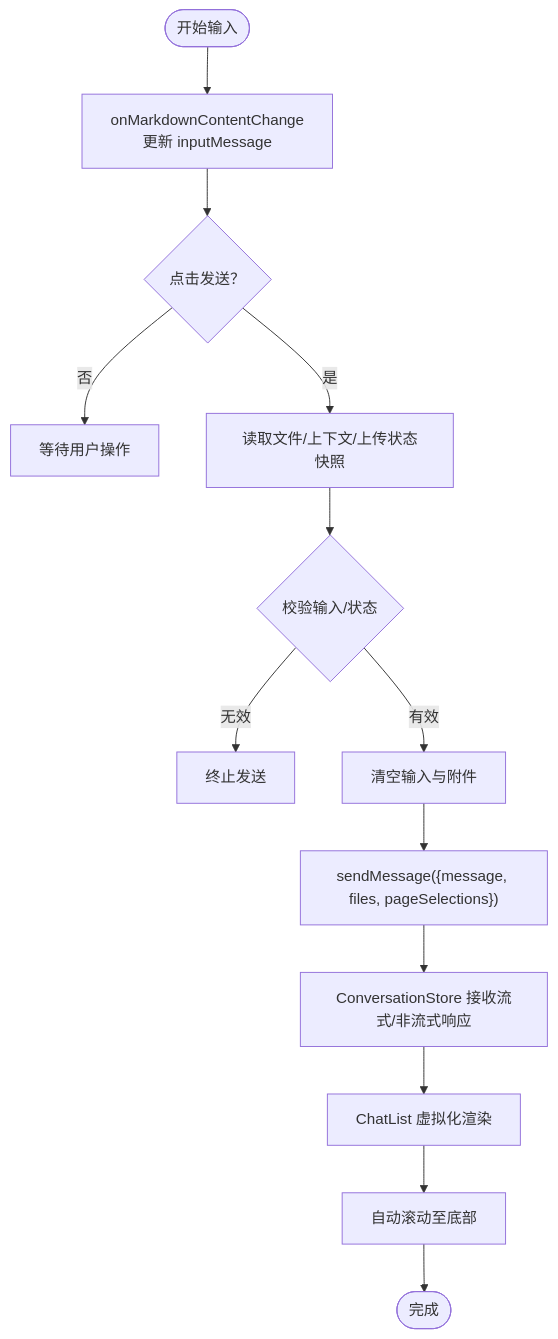
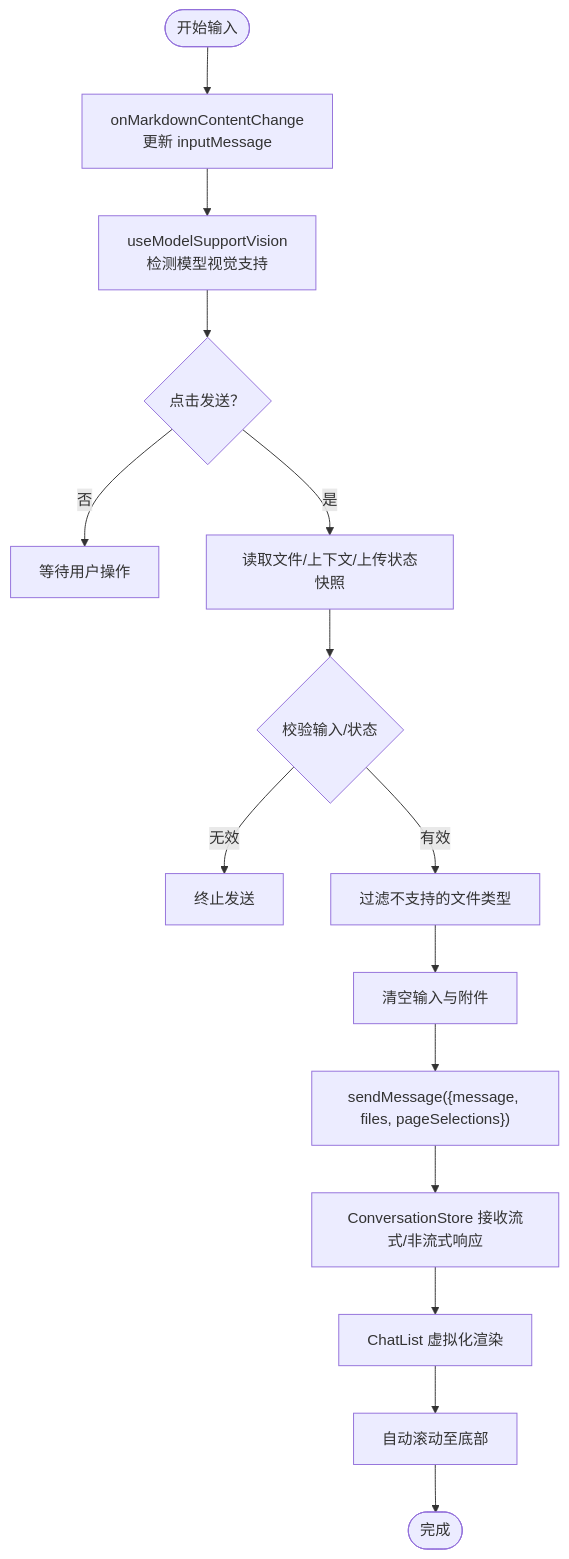
One commit to AvatoLabs/avato changed the third of 10 diagrams in .qoder/repowiki/zh/content/组件系统/业务功能组件/聊天交互组件/聊天交互组件.md. Above: the diagram before and after it, drawn with Mermaid. The commit also changed other lines of this file and 50 other files, not shown here.

````diff
--- a/.qoder/repowiki/zh/content/组件系统/业务功能组件/聊天交互组件/聊天交互组件.md
+++ b/.qoder/repowiki/zh/content/组件系统/业务功能组件/聊天交互组件/聊天交互组件.md
@@ -207,15 +272,17 @@
 ```mermaid
 flowchart TD
 Start(["开始输入"]) --> Change["onMarkdownContentChange<br/>更新 inputMessage"]
-Change --> SendClick{"点击发送？"}
+Change --> VisionCheck["useModelSupportVision<br/>检测模型视觉支持"]
+VisionCheck --> SendClick{"点击发送？"}
 SendClick --> |否| Wait["等待用户操作"]
 SendClick --> |是| Snapshot["读取文件/上下文/上传状态快照"]
 Snapshot --> Validate{"校验输入/状态"}
 Validate --> |无效| Abort["终止发送"]
-Validate --> |有效| Clear["清空输入与附件"]
+Validate --> |有效| FilterFiles["过滤不支持的文件类型"]
+FilterFiles --> Clear["清空输入与附件"]
 Clear --> CallSend["sendMessage({message, files, pageSelections})"]
 CallSend --> Stream["ConversationStore 接收流式/非流式响应"]
 Stream --> Render["ChatList 虚拟化渲染"]
 Render --> AutoScroll["自动滚动至底部"]
 AutoScroll --> End(["完成"])
 ```
````
